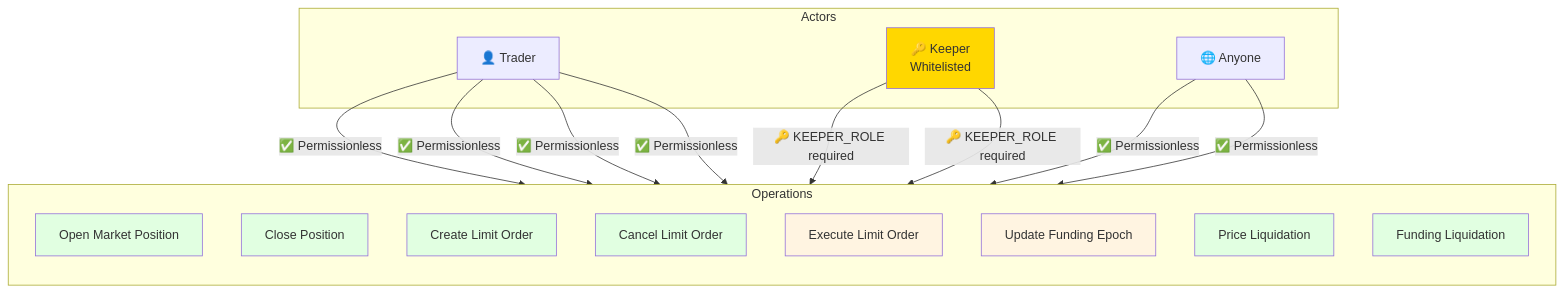
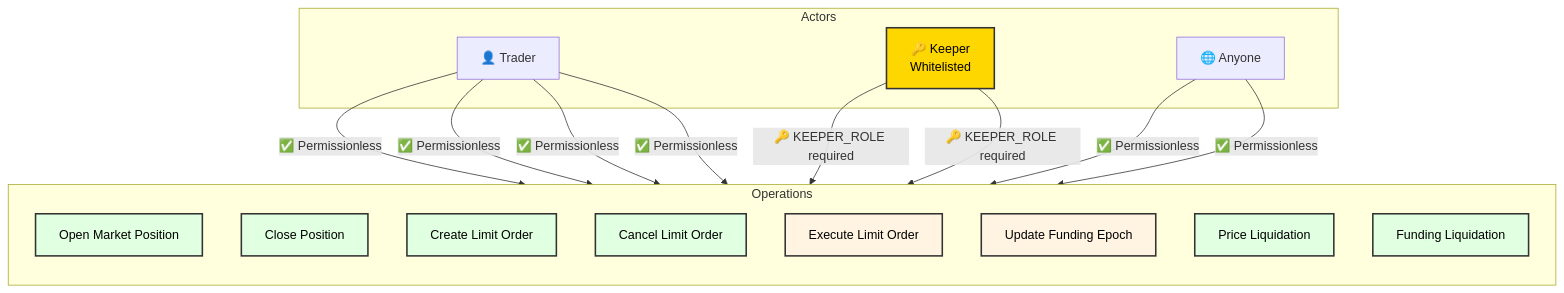
Before and after one commit to avasnap/tradestaprotocol: the first of 2 diagrams in README.md, drawn with Mermaid.

Commit message:
Improve diagram contrast with dark text
Added dark text styling to all diagram elements:
- Keeper box now has black text on yellow background
- All operation boxes have black text on colored backgrounds
- Added dark borders (stroke:#333) for better definition
- Much more readable and accessible

🤖 Generated with [Claude Code](https://claude.com/claude-code)

````diff
--- a/README.md
+++ b/README.md
@@ -65,41 +65,41 @@
 ```mermaid
 graph TB
     subgraph Actors
         Trader[👤 Trader]
         Keeper[🔑 Keeper<br/>Whitelisted]
         Anyone[🌐 Anyone]
     end
 
     subgraph "Operations"
         direction TB
         CreatePos[Open Market Position]
         ClosePos[Close Position]
         CreateOrder[Create Limit Order]
         CancelOrder[Cancel Limit Order]
         ExecOrder[Execute Limit Order]
         UpdateFunding[Update Funding Epoch]
         PriceLiq[Price Liquidation]
         FundingLiq[Funding Liquidation]
     end
 
     Trader -->|✅ Permissionless| CreatePos
     Trader -->|✅ Permissionless| ClosePos
     Trader -->|✅ Permissionless| CreateOrder
     Trader -->|✅ Permissionless| CancelOrder
 
     Keeper -->|🔑 KEEPER_ROLE required| ExecOrder
     Keeper -->|🔑 KEEPER_ROLE required| UpdateFunding
 
     Anyone -->|✅ Permissionless| PriceLiq
     Anyone -->|✅ Permissionless| FundingLiq
 
-    style CreatePos fill:#e1ffe1
-    style ClosePos fill:#e1ffe1
-    style CreateOrder fill:#e1ffe1
-    style CancelOrder fill:#e1ffe1
-    style ExecOrder fill:#fff4e1
-    style UpdateFunding fill:#fff4e1
-    style PriceLiq fill:#e1ffe1
-    style FundingLiq fill:#e1ffe1
-    style Keeper fill:#ffd700
+    style CreatePos fill:#e1ffe1,stroke:#333,stroke-width:2px,color:#000
+    style ClosePos fill:#e1ffe1,stroke:#333,stroke-width:2px,color:#000
+    style CreateOrder fill:#e1ffe1,stroke:#333,stroke-width:2px,color:#000
+    style CancelOrder fill:#e1ffe1,stroke:#333,stroke-width:2px,color:#000
+    style ExecOrder fill:#fff4e1,stroke:#333,stroke-width:2px,color:#000
+    style UpdateFunding fill:#fff4e1,stroke:#333,stroke-width:2px,color:#000
+    style PriceLiq fill:#e1ffe1,stroke:#333,stroke-width:2px,color:#000
+    style FundingLiq fill:#e1ffe1,stroke:#333,stroke-width:2px,color:#000
+    style Keeper fill:#ffd700,stroke:#333,stroke-width:2px,color:#000
 ```
````
